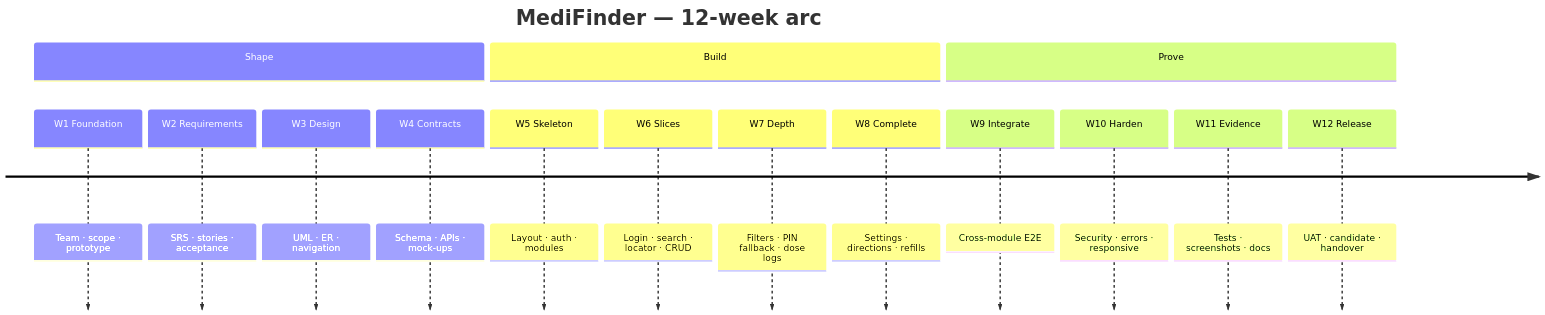
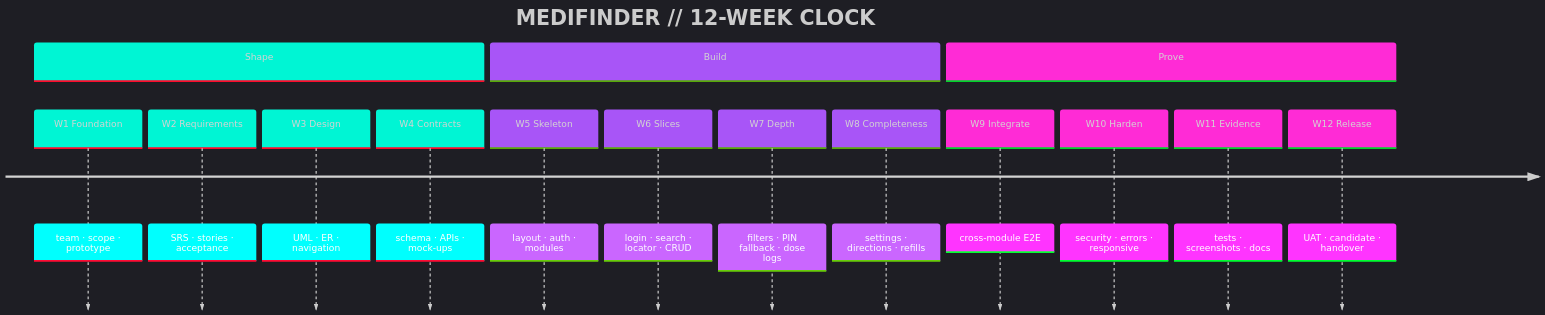
Before and after one commit to ratnsharma21/MediFinder: the fourth of 5 diagrams in README.md, drawn with Mermaid. The commit also changed other lines of this file, not shown here.

Commit message:
week -2 work uploaded

````diff
--- a/README.md
+++ b/README.md
@@ -447,19 +451,20 @@
 ```mermaid
+%%{init: {'theme':'dark','themeVariables': {'cScale0':'#00f5d4','cScale1':'#a855f7','cScale2':'#ff2bd6','primaryTextColor':'#e0fff9'}}}%%
 timeline
-  title MediFinder — 12-week arc
+  title MEDIFINDER // 12-WEEK CLOCK
   section Shape
-    W1 Foundation : Team · scope · prototype
-    W2 Requirements : SRS · stories · acceptance
-    W3 Design : UML · ER · navigation
-    W4 Contracts : Schema · APIs · mock-ups
+    W1 Foundation     : team · scope · prototype
+    W2 Requirements   : SRS · stories · acceptance
+    W3 Design         : UML · ER · navigation
+    W4 Contracts      : schema · APIs · mock-ups
   section Build
-    W5 Skeleton : Layout · auth · modules
-    W6 Slices : Login · search · locator · CRUD
-    W7 Depth : Filters · PIN fallback · dose logs
-    W8 Complete : Settings · directions · refills
+    W5 Skeleton       : layout · auth · modules
+    W6 Slices         : login · search · locator · CRUD
+    W7 Depth          : filters · PIN fallback · dose logs
+    W8 Completeness   : settings · directions · refills
   section Prove
-    W9 Integrate : Cross-module E2E
-    W10 Harden : Security · errors · responsive
-    W11 Evidence : Tests · screenshots · docs
-    W12 Release : UAT · candidate · handover
+    W9 Integrate      : cross-module E2E
+    W10 Harden        : security · errors · responsive
+    W11 Evidence      : tests · screenshots · docs
+    W12 Release       : UAT · candidate · handover
 ```
````
